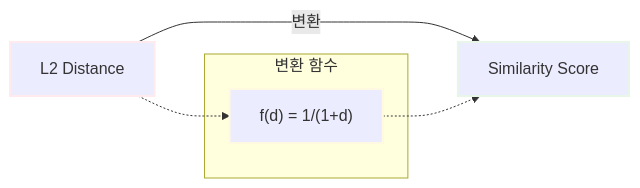
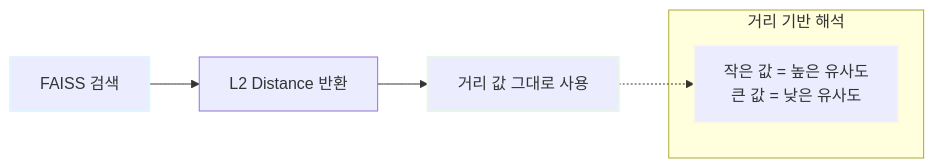
The eighth of 11 diagrams in docs/doc/시스템_아키텍처_설계서.md (c0z0c/codeit_ai_g2b_search), drawn with Mermaid before and after one commit. The commit also changed other lines of this file, not shown here.

Commit message:
아키텍처 유사도 점수 계산 섹션 수정

````diff
--- a/docs/doc/시스템_아키텍처_설계서.md
+++ b/docs/doc/시스템_아키텍처_설계서.md
@@ -776,15 +785,15 @@
 ```mermaid
 graph LR
-    A[L2 Distance] -->|변환| B[Similarity Score]
+    A[FAISS 검색] --> B[L2 Distance 반환]
+    B --> C[거리 값 그대로 사용]
 
-    subgraph "변환 함수"
-        C["f(d) = 1/(1+d)"]
+    subgraph "거리 기반 해석"
+        D["작은 값 = 높은 유사도<br/>큰 값 = 낮은 유사도"]
     end
 
-    A -.-> C
-    C -.-> B
+    C -.-> D
 
-    style A stroke-width:2px,stroke:#ffebee
-    style B stroke-width:2px,stroke:#e8f5e9
-    style C stroke-width:2px,stroke:#fff9e1
+    style A stroke-width:2px,stroke:#e1f5ff
+    style C stroke-width:2px,stroke:#e8f5e9
+    style D stroke-width:2px,stroke:#fff9e1
 ```
````
